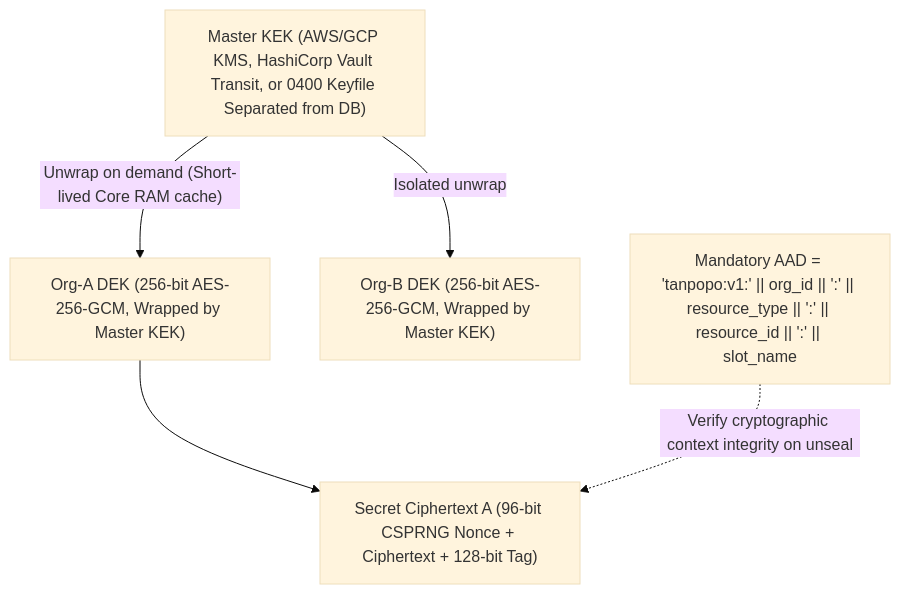
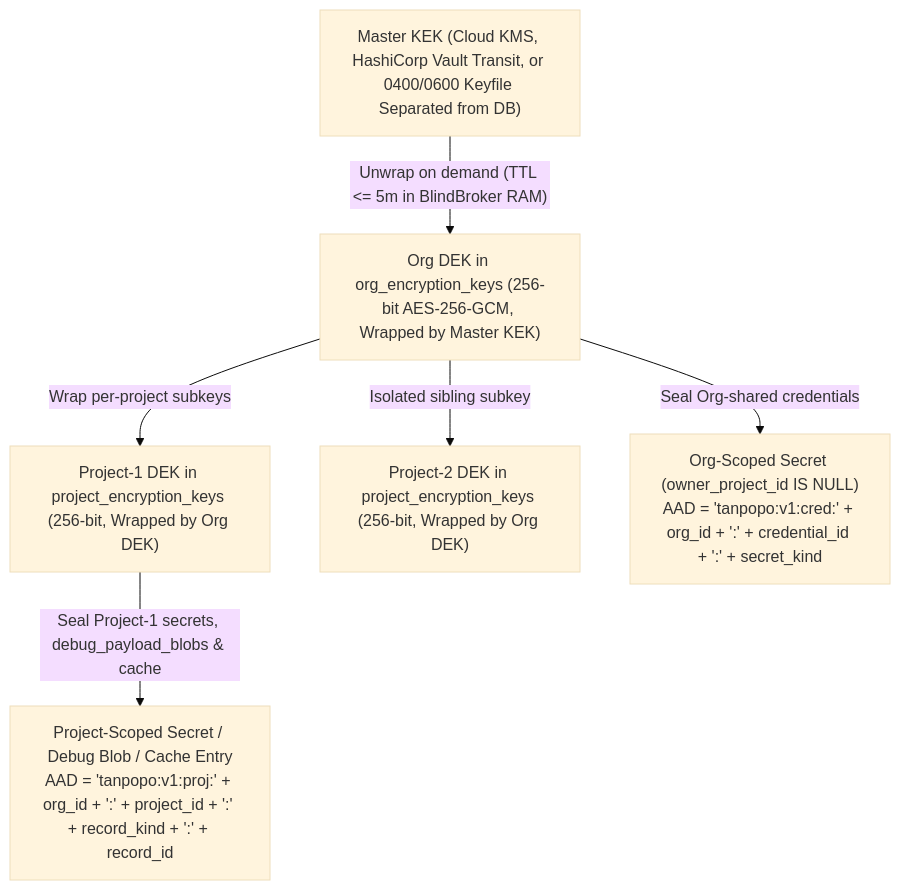
The diagram in docs/security/secrets-and-tenant-isolation.md (nguywnben/tanpopo), drawn with Mermaid (base theme) before and after one commit. The commit also changed other lines of this file and 70 other files, not shown here.

````diff
--- a/docs/security/secrets-and-tenant-isolation.md
+++ b/docs/security/secrets-and-tenant-isolation.md
@@ -15,13 +15,15 @@
 ```mermaid
 flowchart TD
-    KEK["Master KEK (AWS/GCP KMS, HashiCorp Vault Transit, or 0400 Keyfile Separated from DB)"]
-    DEK_A["Org-A DEK (256-bit AES-256-GCM, Wrapped by Master KEK)"]
-    DEK_B["Org-B DEK (256-bit AES-256-GCM, Wrapped by Master KEK)"]
-    SEC_A["Secret Ciphertext A (96-bit CSPRNG Nonce + Ciphertext + 128-bit Tag)"]
-    AAD_A["Mandatory AAD = 'tanpopo:v1:' || org_id || ':' || resource_type || ':' || resource_id || ':' || slot_name"]
+    KEK["Master KEK (Cloud KMS, HashiCorp Vault Transit, or 0400/0600 Keyfile Separated from DB)"]
+    ODEK["Org DEK in org_encryption_keys (256-bit AES-256-GCM, Wrapped by Master KEK)"]
+    PDEK1["Project-1 DEK in project_encryption_keys (256-bit, Wrapped by Org DEK)"]
+    PDEK2["Project-2 DEK in project_encryption_keys (256-bit, Wrapped by Org DEK)"]
+    OSEC["Org-Scoped Secret (owner_project_id IS NULL)<br/>AAD = 'tanpopo:v1:cred:' + org_id + ':' + credential_id + ':' + secret_kind"]
+    PSEC["Project-Scoped Secret / Debug Blob / Cache Entry<br/>AAD = 'tanpopo:v1:proj:' + org_id + ':' + project_id + ':' + record_kind + ':' + record_id"]
 
-    KEK -->|"Unwrap on demand (Short-lived Core RAM cache)"| DEK_A
-    KEK -->|"Isolated unwrap"| DEK_B
-    DEK_A --> SEC_A
-    AAD_A -.->|"Verify cryptographic context integrity on unseal"| SEC_A
+    KEK -->|"Unwrap on demand (TTL <= 5m in BlindBroker RAM)"| ODEK
+    ODEK -->|"Seal Org-shared credentials"| OSEC
+    ODEK -->|"Wrap per-project subkeys"| PDEK1
+    ODEK -->|"Isolated sibling subkey"| PDEK2
+    PDEK1 -->|"Seal Project-1 secrets, debug_payload_blobs & cache"| PSEC
 ```
````
